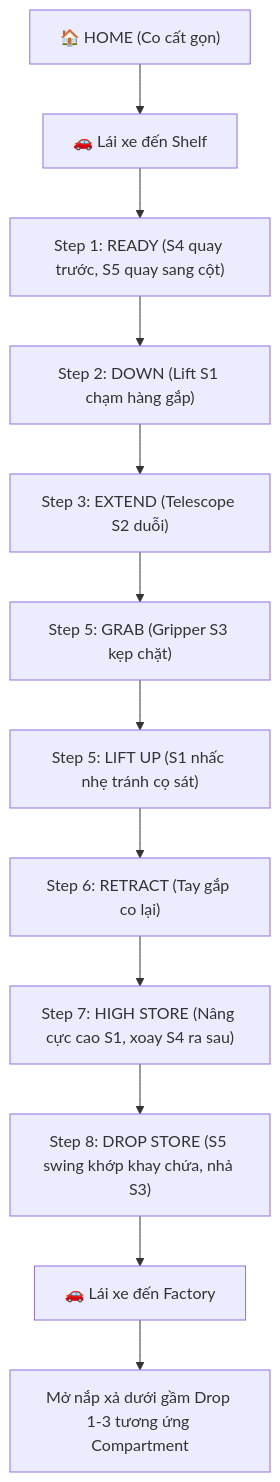
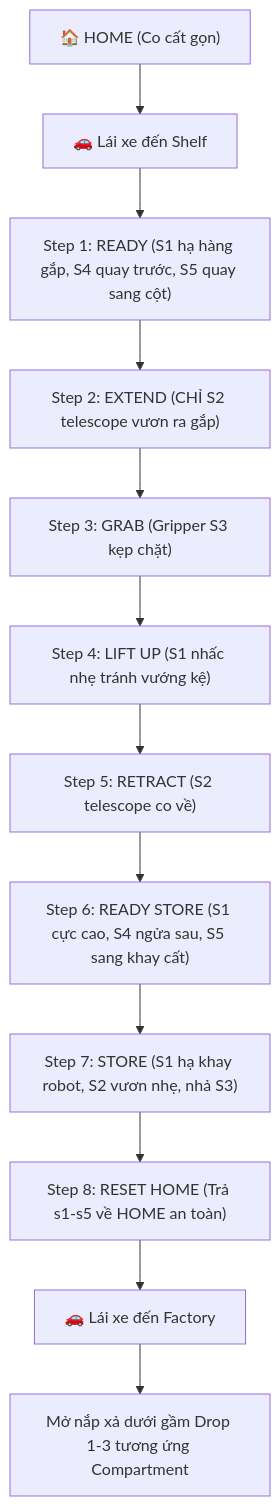
One commit to tungzuizer/roboconbacninh changed the diagram in TeamCode/src/main/java/org/firstinspires/ftc/teamcode/pedroPathing/implementation_plan.md. Above: the diagram before and after it, drawn with Mermaid. The commit also changed other lines of this file and 2 other files, not shown here.

````diff
--- a/TeamCode/src/main/java/org/firstinspires/ftc/teamcode/pedroPathing/implementation_plan.md
+++ b/TeamCode/src/main/java/org/firstinspires/ftc/teamcode/pedroPathing/implementation_plan.md
@@ -10,14 +10,14 @@
 ```mermaid
 graph TD
     A["🏠 HOME (Co cất gọn)"] --> B["🚗 Lái xe đến Shelf"]
-    B --> C["Step 1: READY (S4 quay trước, S5 quay sang cột)"]
-    C --> D["Step 2: DOWN (Lift S1 chạm hàng gắp)"]
-    D --> E["Step 3: EXTEND (Telescope S2 duỗi)"]
-    E --> F["Step 5: GRAB (Gripper S3 kẹp chặt)"]
-    F --> G["Step 5: LIFT UP (S1 nhấc nhẹ tránh cọ sát)"]
-    G --> H["Step 6: RETRACT (Tay gắp co lại)"]
-    H --> I["Step 7: HIGH STORE (Nâng cực cao S1, xoay S4 ra sau)"]
-    I --> J["Step 8: DROP STORE (S5 swing khớp khay chứa, nhả S3)"]
+    B --> C["Step 1: READY (S1 hạ hàng gắp, S4 quay trước, S5 quay sang cột)"]
+    C --> D["Step 2: EXTEND (CHỈ S2 telescope vươn ra gắp)"]
+    D --> E["Step 3: GRAB (Gripper S3 kẹp chặt)"]
+    E --> F["Step 4: LIFT UP (S1 nhấc nhẹ tránh vướng kệ)"]
+    F --> G["Step 5: RETRACT (S2 telescope co về)"]
+    G --> H["Step 6: READY STORE (S1 cực cao, S4 ngửa sau, S5 sang khay cất)"]
+    H --> I["Step 7: STORE (S1 hạ khay robot, S2 vươn nhẹ, nhả S3)"]
+    I --> J["Step 8: RESET HOME (Trả s1-s5 về HOME an toàn)"]
     J --> K["🚗 Lái xe đến Factory"]
     K --> L["Mở nắp xả dưới gầm Drop 1-3 tương ứng Compartment"]
 ```
````
